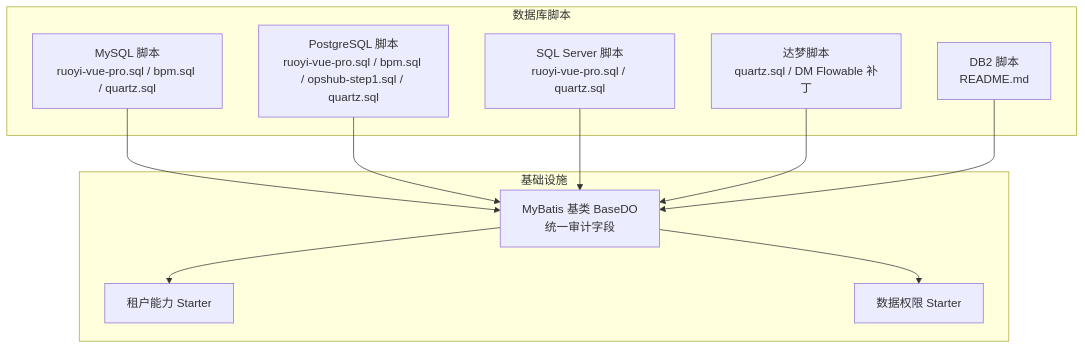
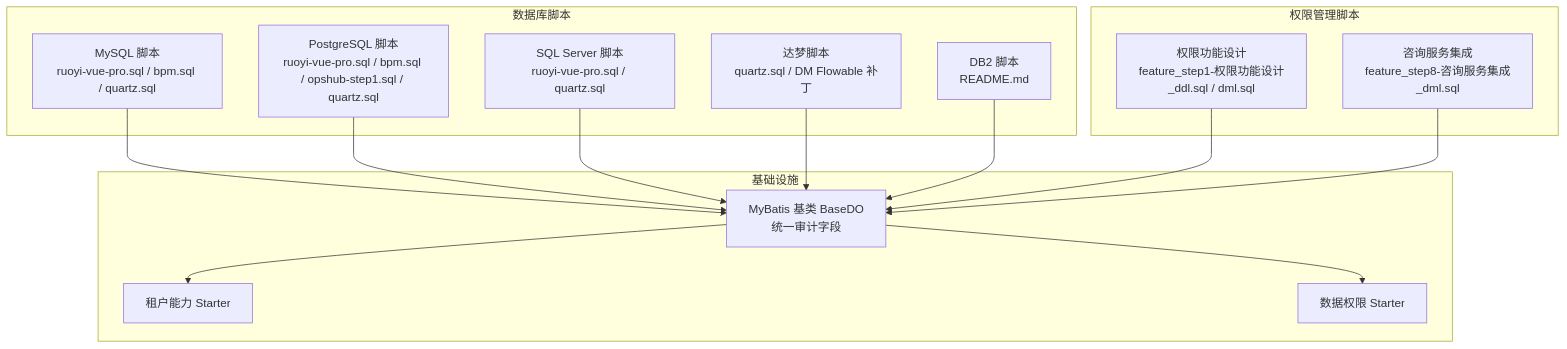
The first of 8 diagrams in .qoder/repowiki/zh/content/数据库设计/数据库设计.md (xiaoche80s-tech/rouyi-vue-pro), drawn with Mermaid before and after one commit. The commit also changed other lines of this file and 331 other files, not shown here.

````diff
--- a/.qoder/repowiki/zh/content/数据库设计/数据库设计.md
+++ b/.qoder/repowiki/zh/content/数据库设计/数据库设计.md
@@ -74,22 +88,28 @@
 ```mermaid
 graph TB
 subgraph "数据库脚本"
 M["MySQL 脚本<br/>ruoyi-vue-pro.sql / bpm.sql / quartz.sql"]
 P["PostgreSQL 脚本<br/>ruoyi-vue-pro.sql / bpm.sql / opshub-step1.sql / quartz.sql"]
 S["SQL Server 脚本<br/>ruoyi-vue-pro.sql / quartz.sql"]
 D["达梦脚本<br/>quartz.sql / DM Flowable 补丁"]
 DB2["DB2 脚本<br/>README.md"]
+end
+subgraph "权限管理脚本"
+F1["权限功能设计<br/>feature_step1-权限功能设计_ddl.sql / dml.sql"]
+F2["咨询服务集成<br/>feature_step8-咨询服务集成_dml.sql"]
 end
 subgraph "基础设施"
 F["MyBatis 基类 BaseDO<br/>统一审计字段"]
 T["租户能力 Starter"]
 DP["数据权限 Starter"]
 end
 M --> F
 P --> F
 S --> F
 D --> F
 DB2 --> F
+F1 --> F
+F2 --> F
 F --> T
 F --> DP
 ```
````
